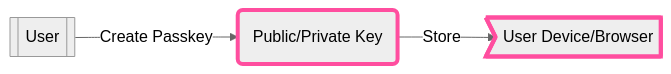
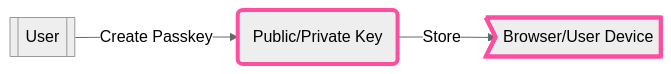
Before and after one commit to shaloo/docs.arcana: the first of 7 diagrams in docs/concepts/authtype/auth-passkeys.md, drawn with Mermaid (neutral theme). The commit also changed other lines of this file and 3 other files, not shown here.

Commit message:
Review fixes, mermaid diagram update

````diff
--- a/docs/concepts/authtype/auth-passkeys.md
+++ b/docs/concepts/authtype/auth-passkeys.md
@@ -22,7 +22,7 @@
 ```mermaid
 graph LR
-  A\[[User]]--Create Passkey--> D(Public/Private Key)--Store-->C>User Device/Browser];
+  A\[[User]]--Create Passkey--> D(Public/Private Key)--Store-->C>Browser/User Device];
 
 classDef an-pink stroke:#ff4e9f,stroke-width:0.25rem; 
 class C,D an-pink
 ```
````
